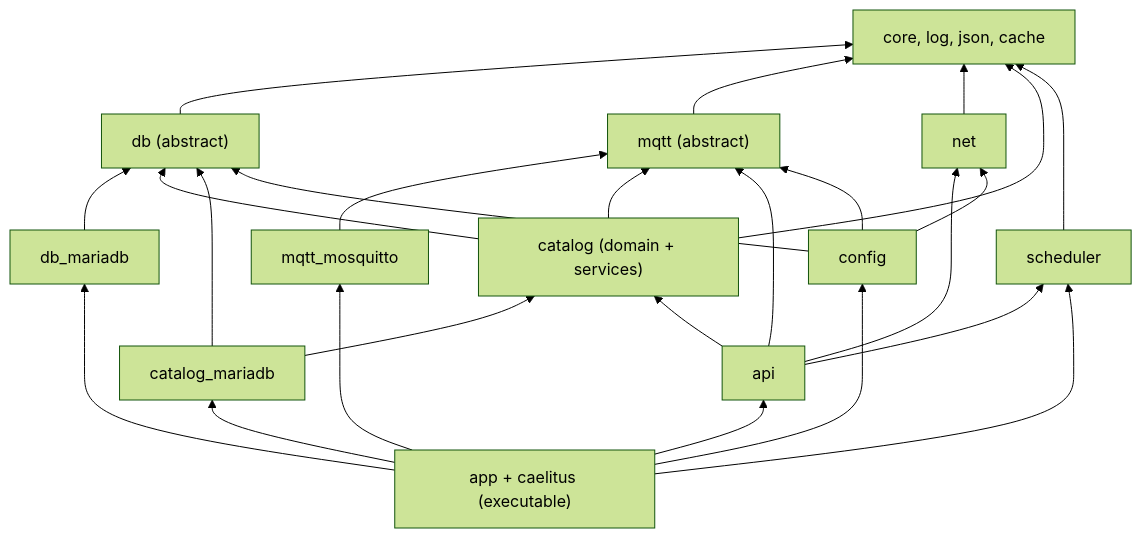
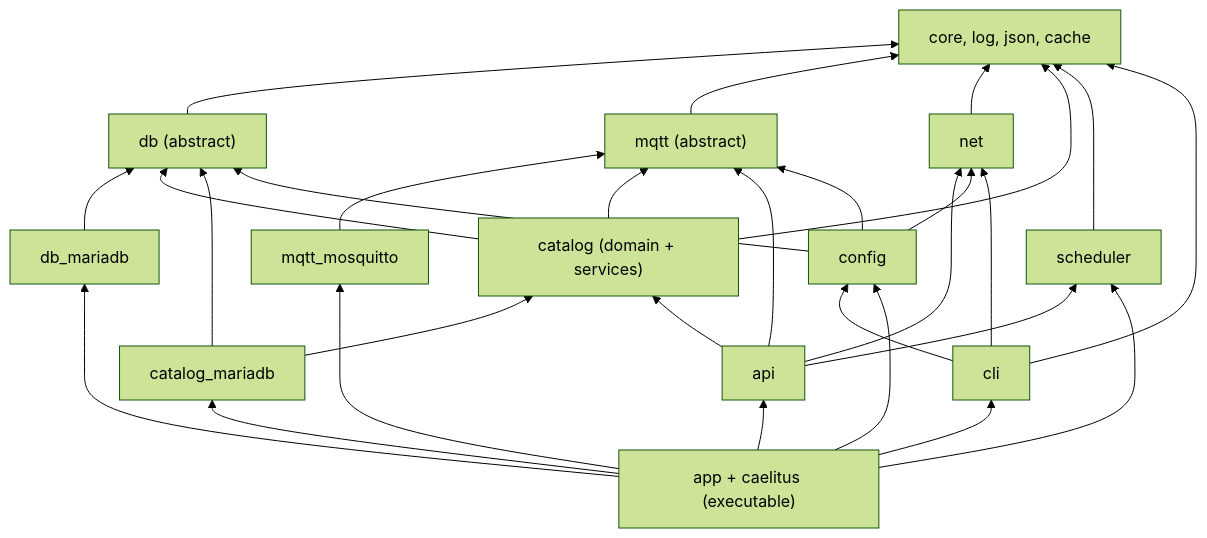
One commit to elampros/caelitus changed the second of 5 diagrams in README.md. Above: the diagram before and after it, drawn with Mermaid (forest theme). The commit also changed other lines of this file and 13 other files, not shown here.

First line of the commit message:
Add caelitus --cli: a command-line client in the server executable

````diff
--- a/README.md
+++ b/README.md
@@ -524,15 +583,16 @@
 ```mermaid
 flowchart BT
     base["core, log, json, cache"]
     db["db (abstract)"] --> base
     mqtt["mqtt (abstract)"] --> base
     net --> base
     db_mariadb --> db
     mqtt_mosquitto --> mqtt
     catalog["catalog (domain + services)"] --> db & mqtt & base
     catalog_mariadb --> catalog & db
     scheduler --> base
     api --> catalog & net & mqtt & scheduler
     config --> db & mqtt & net
-    app["app + caelitus (executable)"] --> api & config & catalog_mariadb & db_mariadb & mqtt_mosquitto & scheduler
+    cli --> net & config & base
+    app["app + caelitus (executable)"] --> api & config & catalog_mariadb & db_mariadb & mqtt_mosquitto & scheduler & cli
 ```
````
